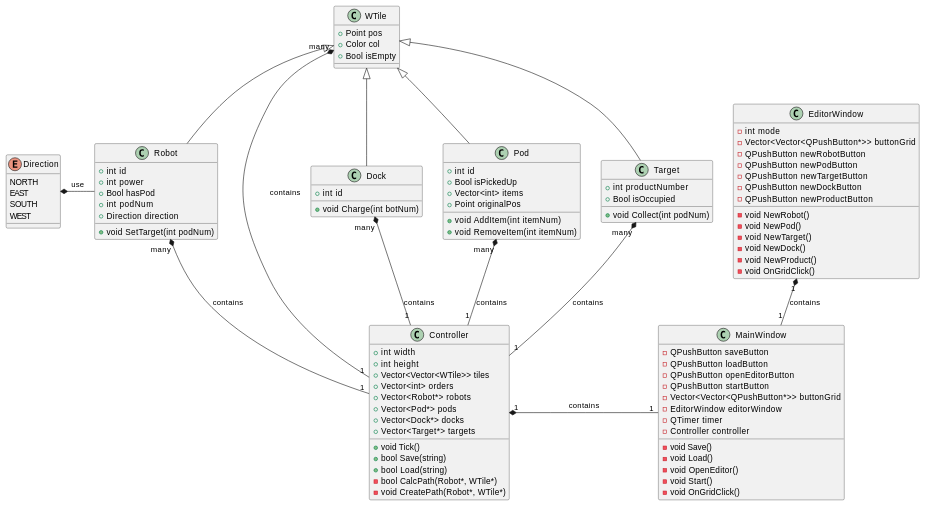
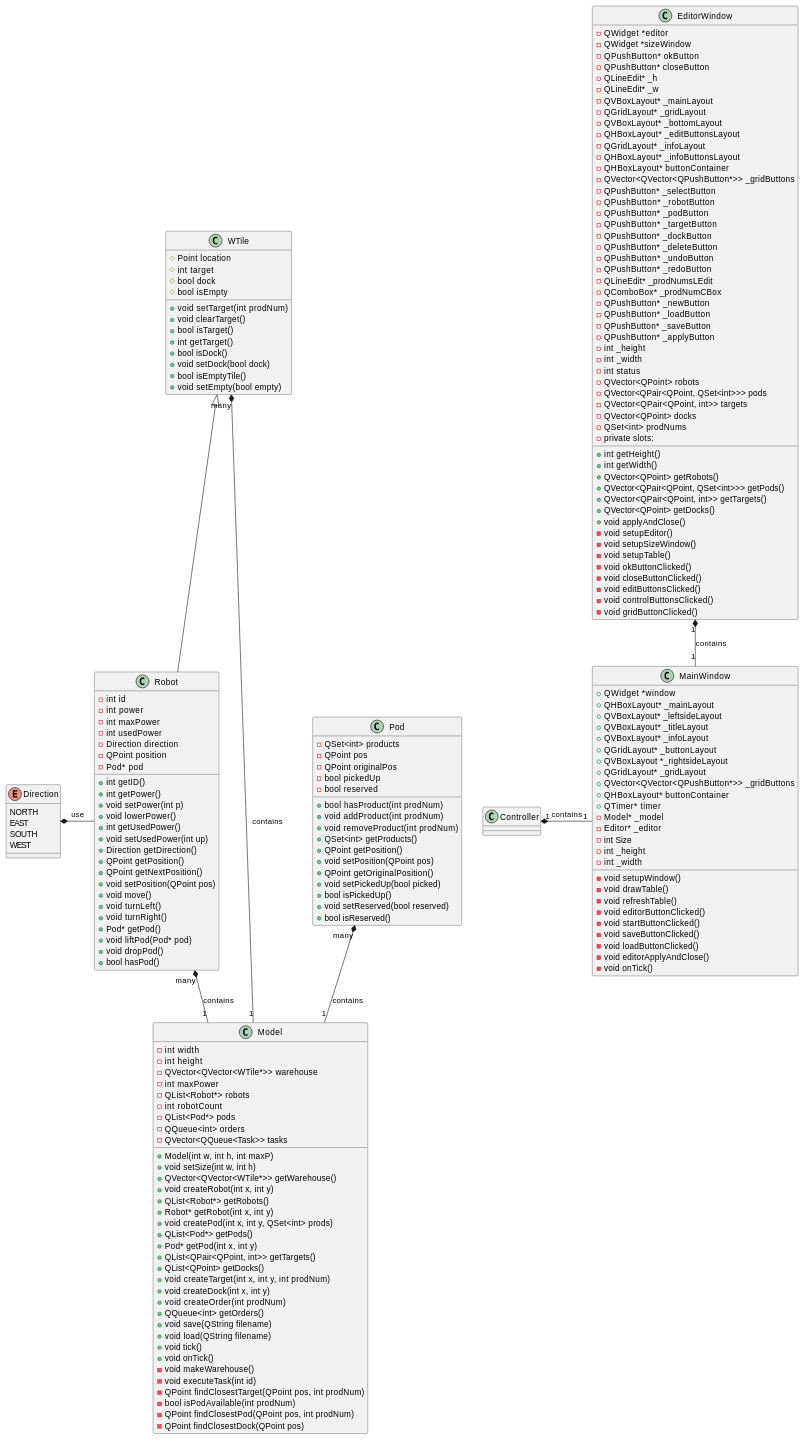
The diagram in docs/uml.md (falcon-fx/warehouse-sim), drawn with PlantUML before and after one commit.

````diff
--- a/docs/uml.md
+++ b/docs/uml.md
@@ -1,58 +1,103 @@
 ```plantuml
 Class WTile {
-    + Point pos
-    + Color col
-    + Bool isEmpty
+ + void setTarget(int prodNum)
+ + void clearTarget()
+ + bool isTarget()
+ + int getTarget()
+ + bool isDock()
+ + void setDock(bool dock)
+ + bool isEmptyTile()
+ + void setEmpty(bool empty)
+ # Point location
+ # int target
+ # bool dock
+ # bool isEmpty
 }
-WTile "many" *-- "1" Controller : contains
+WTile "many" *-- "1" Model : contains
 
 Class Robot extends WTile {
-    + int id
-    + int power
-    + Bool hasPod
-    + int podNum
-    + Direction direction
-    + void SetTarget(int podNum)
+ + int getID()
+ + int getPower()
+ + void setPower(int p)
+ + void lowerPower()
+ + int getUsedPower()
+ + void setUsedPower(int up)
+ + Direction getDirection()
+ + QPoint getPosition()
+ + QPoint getNextPosition()
+ + void setPosition(QPoint pos)
+ + void move()
+ + void turnLeft()
+ + void turnRight()
+ + Pod* getPod()
+ + void liftPod(Pod* pod)
+ + void dropPod()
+ + bool hasPod()
+ - int id
+ - int power
+ - int maxPower
+ - int usedPower
+ - Direction direction
+ - QPoint position
+ - Pod* pod
 }
-Robot "many" *-- "1" Controller : contains
+Robot "many" *-- "1" Model : contains
 
-Class Dock extends WTile {
-    + int id
-    + void Charge(int botNum)
+Class Pod {
+ + bool hasProduct(int prodNum)
+ + void addProduct(int prodNum)
+ + void removeProduct(int prodNum)
+ + QSet<int> getProducts()
+ + QPoint getPosition()
+ + void setPosition(QPoint pos)
+ + QPoint getOriginalPosition()
+ + void setPickedUp(bool picked)
+ + bool isPickedUp()
+ + void setReserved(bool reserved)
+ + bool isReserved()
+ - QSet<int> products
+ - QPoint pos
+ - QPoint originalPos
+ - bool pickedUp
+ - bool reserved
 }
-Dock "many" *-- "1" Controller : contains
+Pod "many" *-- "1" Model : contains
 
-Class Pod extends WTile {
-    + int id
-    + Bool isPickedUp
-    + Vector<int> items
-    + Point originalPos
-    + void AddItem(int itemNum)
-    + void RemoveItem(int itemNum)
-}
-Pod "many" *-- "1" Controller : contains
-
-Class Target extends WTile {
-    + int productNumber
-    + Bool isOccupied
-    + void Collect(int podNum)
-}
-Target "many" *-- "1" Controller : contains
-
-Class Controller {
-    + int width
-    + int height
-    + Vector<Vector<WTile>> tiles
-    + Vector<int> orders
-    + Vector<Robot*> robots
-    + Vector<Pod*> pods
-    + Vector<Dock*> docks
-    + Vector<Target*> targets
-    + void Tick()
-    + bool Save(string)
-    + bool Load(string)
-    - bool CalcPath(Robot*, WTile*)
-    - void CreatePath(Robot*, WTile*)
+Class Model {
+ + Model(int w, int h, int maxP)
+ + void setSize(int w, int h)
+ + QVector<QVector<WTile*>> getWarehouse()
+ + void createRobot(int x, int y)
+ + QList<Robot*> getRobots()
+ + Robot* getRobot(int x, int y)
+ + void createPod(int x, int y, QSet<int> prods)
+ + QList<Pod*> getPods()
+ + Pod* getPod(int x, int y)
+ + QList<QPair<QPoint, int>> getTargets()
+ + QList<QPoint> getDocks()
+ + void createTarget(int x, int y, int prodNum)
+ + void createDock(int x, int y)
+ + void createOrder(int prodNum)
+ + QQueue<int> getOrders()
+ + void save(QString filename)
+ + void load(QString filename)
+ + void tick()
+ + void onTick()
+ - int width
+ - int height
+ - QVector<QVector<WTile*>> warehouse
+ - void makeWarehouse()
+ - int maxPower
+ - QList<Robot*> robots
+ - int robotCount
+ - QList<Pod*> pods
+ - QQueue<int> orders
+ - QVector<QQueue<Task>> tasks
+ - void executeTask(int id)
+ - QPoint findClosestTarget(QPoint pos, int prodNum)
+ - bool isPodAvailable(int prodNum)
+ - QPoint findClosestPod(QPoint pos, int prodNum)
+ - QPoint findClosestDock(QPoint pos)
 }
 
 Enum Direction {
@@ -64,37 +109,88 @@
 Direction *- Robot : use
 
 Class MainWindow {
-    - QPushButton saveButton
-    - QPushButton loadButton
-    - QPushButton openEditorButton
-    - QPushButton startButton
-    - Vector<Vector<QPushButton*>> buttonGrid
-    - EditorWindow editorWindow
-    - QTimer timer
-    - Controller controller
-    - void Save()
-    - void Load()
-    - void OpenEditor()
-    - void Start()
-    - void OnGridClick()
+ + QWidget *window
+ + QHBoxLayout* _mainLayout
+ + QVBoxLayout* _leftsideLayout
+ + QVBoxLayout* _titleLayout
+ + QVBoxLayout* _infoLayout
+ + QGridLayout* _buttonLayout
+ + QVBoxLayout *_rightsideLayout
+ + QGridLayout* _gridLayout
+ + QVector<QVector<QPushButton*>> _gridButtons
+ + QHBoxLayout* buttonContainer
+ + QTimer* timer
+ - Model* _model
+ - Editor* _editor
+ - void setupWindow()
+ - void drawTable()
+ - void refreshTable()
+ - int Size
+ - int _height
+ - int _width
+ - void editorButtonClicked()
+ - void startButtonClicked()
+ - void saveButtonClicked()
+ - void loadButtonClicked()
+ - void editorApplyAndClose()
+ - void onTick()
 }
 
 EditorWindow "1" *-- "1" MainWindow : contains
 Controller "1" *- "1" MainWindow : contains
 
 Class EditorWindow {
-    - int mode
-    - Vector<Vector<QPushButton*>> buttonGrid
-    - QPushButton newRobotButton
-    - QPushButton newPodButton
-    - QPushButton newTargetButton
-    - QPushButton newDockButton
-    - QPushButton newProductButton
-    - void NewRobot()
-    - void NewPod()
-    - void NewTarget()
-    - void NewDock()
-    - void NewProduct()
-    - void OnGridClick()
+ + int getHeight()
+ + int getWidth()
+ + QVector<QPoint> getRobots()
+ + QVector<QPair<QPoint, QSet<int>>> getPods()
+ + QVector<QPair<QPoint, int>> getTargets()
+ + QVector<QPoint> getDocks()
+ + void applyAndClose()
+ - QWidget *editor
+ - QWidget *sizeWindow
+ - QPushButton* okButton
+ - QPushButton* closeButton
+ - QLineEdit* _h
+ - QLineEdit* _w
+ - QVBoxLayout* _mainLayout
+ - QGridLayout* _gridLayout
+ - QVBoxLayout* _bottomLayout
+ - QHBoxLayout* _editButtonsLayout
+ - QGridLayout* _infoLayout
+ - QHBoxLayout* _infoButtonsLayout
+ - QHBoxLayout* buttonContainer
+ - QVector<QVector<QPushButton*>> _gridButtons
+ - QPushButton* _selectButton
+ - QPushButton* _robotButton
+ - QPushButton* _podButton
+ - QPushButton* _targetButton
+ - QPushButton* _dockButton
+ - QPushButton* _deleteButton
+ - QPushButton* _undoButton
+ - QPushButton* _redoButton
+ - QLineEdit* _prodNumsLEdit
+ - QComboBox* _prodNumCBox
+ - QPushButton* _newButton
+ - QPushButton* _loadButton
+ - QPushButton* _saveButton
+ - QPushButton* _applyButton
+ - int _height
+ - int _width
+ - int status
+ - QVector<QPoint> robots
+ - QVector<QPair<QPoint, QSet<int>>> pods
+ - QVector<QPair<QPoint, int>> targets
+ - QVector<QPoint> docks
+ - QSet<int> prodNums
+ - void setupEditor()
+ - void setupSizeWindow()
+ - void setupTable()
+ - private slots:
+ - void okButtonClicked()
+ - void closeButtonClicked()
+ - void editButtonsClicked()
+ - void controlButtonsClicked()
+ - void gridButtonClicked()
 }
 ```
````
